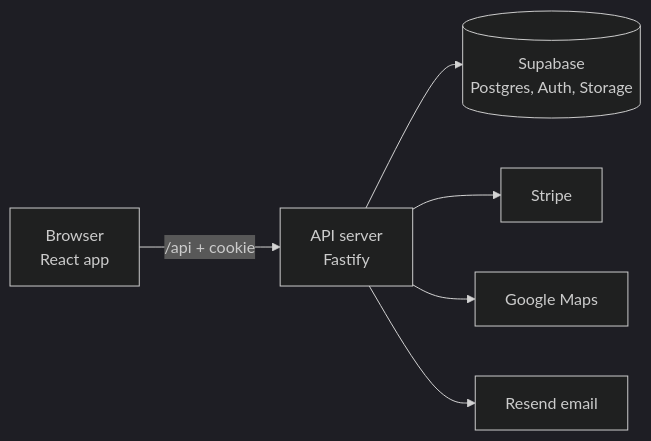
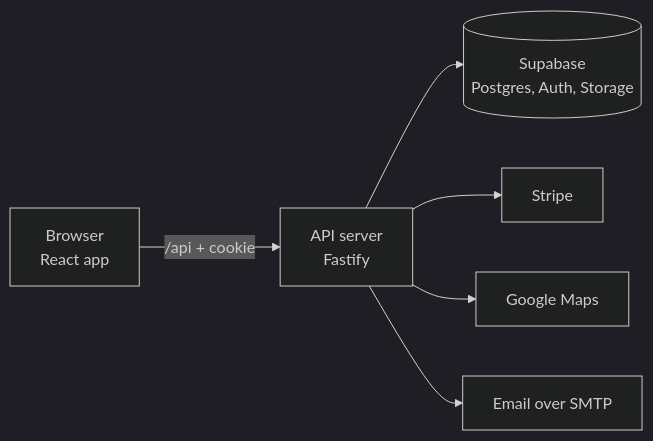
The diagram in README.md (rachelwong/preppers), drawn with Mermaid (dark theme) before and after one commit. The commit also changed other lines of this file and 44 other files, not shown here.

````diff
--- a/README.md
+++ b/README.md
@@ -37,8 +37,8 @@
 ```mermaid
 flowchart LR
   B[Browser<br/>React app] -->|/api + cookie| A[API server<br/>Fastify]
   A --> D[(Supabase<br/>Postgres, Auth, Storage)]
   A --> S[Stripe]
   A --> G[Google Maps]
-  A --> R[Resend email]
+  A --> R[Email over SMTP]
 ```
````
